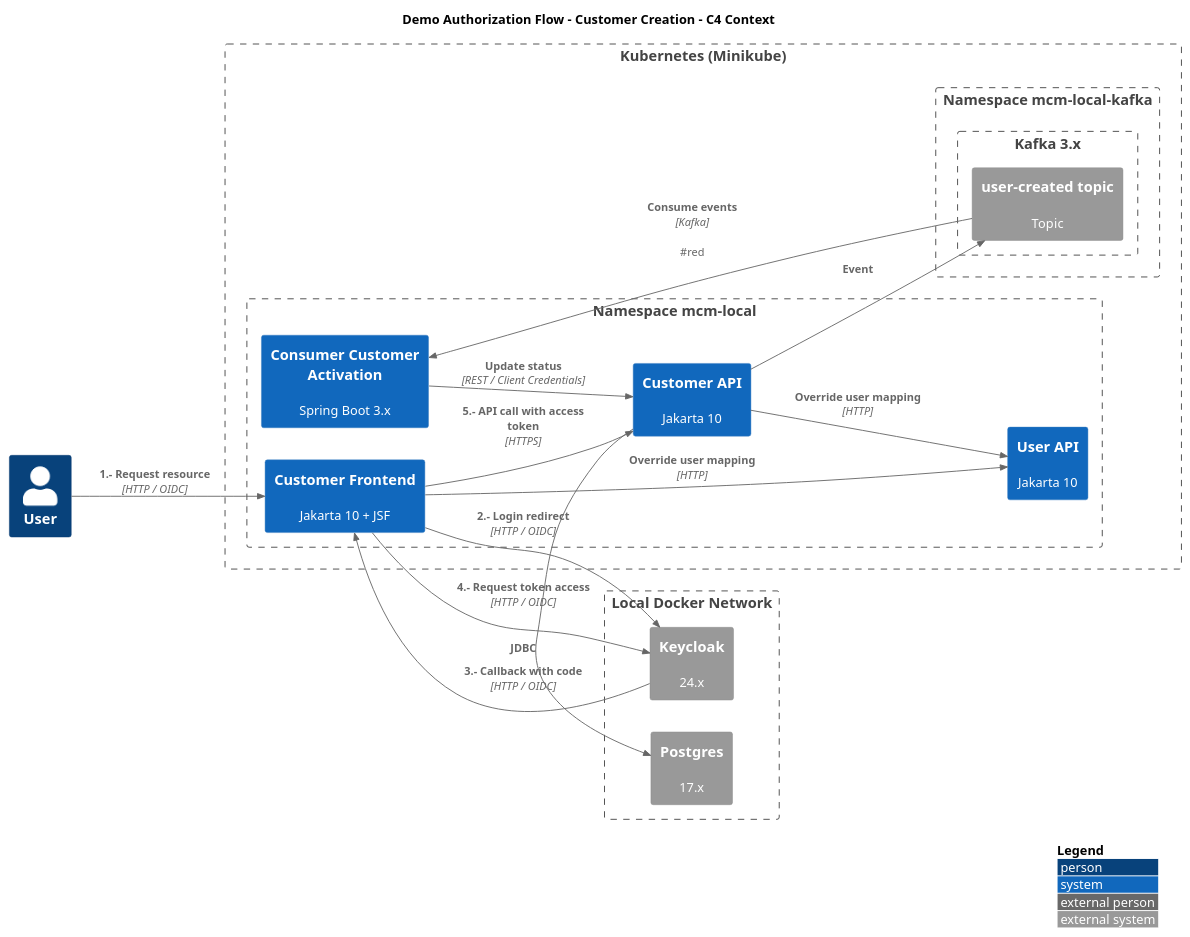
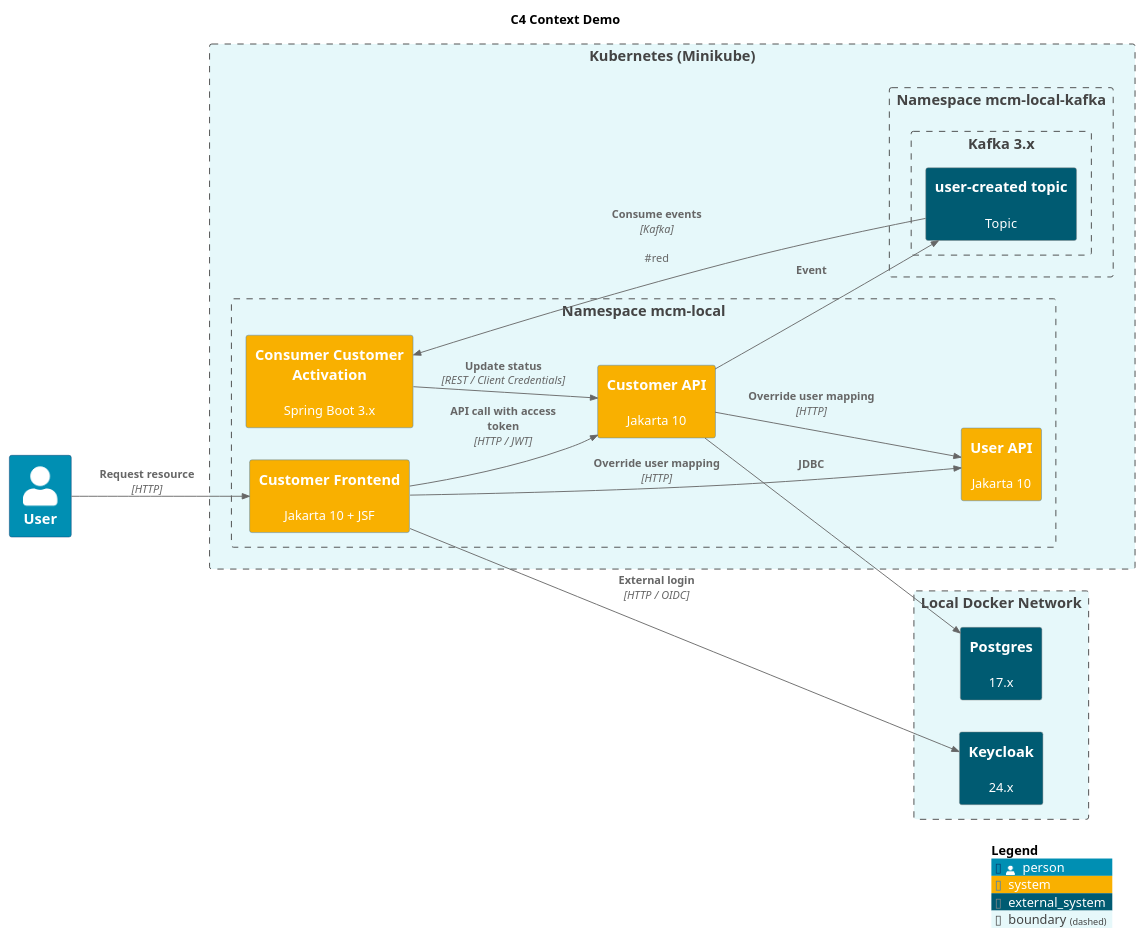
The diagram in resources/diagrams/c4-context-customer-creation.plantuml (labcabrera/sample-jakarta-10-wildfly-oidc-integration), drawn with PlantUML before and after one commit. The commit also changed 5 other files, not shown here.

Commit message:
Updated diagram + readme.

```diff
--- a/resources/diagrams/c4-context-customer-creation.plantuml
+++ b/resources/diagrams/c4-context-customer-creation.plantuml
@@ -1,50 +1,52 @@
-@startuml Demo Authorization Flow - Customer Creation - C4 Context
-title Demo Authorization Flow - Customer Creation - C4 Context
+@startuml C4 Context Demo
+title C4 Context Demo
 
 !include https://raw.githubusercontent.com/plantuml-stdlib/C4-PlantUML/master/C4_Context.puml
 
 LAYOUT_LEFT_RIGHT()
-LAYOUT_WITH_LEGEND() 
+
+UpdateElementStyle(person, $bgColor="#008fb3")
+UpdateElementStyle(system, $bgColor="#f9b000")
+UpdateElementStyle(external_system, $bgColor="#005b72")
+UpdateElementStyle(boundary, $bgColor="#e6f8fa")
 
 Person(user, "User")
 
 Boundary(k8s, "Kubernetes (Minikube)") {
-    Boundary(namespace_mcm_local, "Namespace mcm-local") {
+    Boundary(namespace_mcm_local, "Namespace mcm-local", "", $tags="k8s_namespace") {
         System(customer_api, "Customer API", "Jakarta 10")
         System(customer_fe, "Customer Frontend", "Jakarta 10 + JSF")
         System(user_api, "User API", "Jakarta 10")
         System(customer_consumer, "Consumer Customer Activation", "Spring Boot 3.x")
     }
     Boundary(namespace_mcm_local_kafka, "Namespace mcm-local-kafka") {
         Boundary(kafka_boundary, "Kafka 3.x") {
             System_Ext(kafka_created_consumer_topic, "user-created topic", "Topic", $tags="queue")
         }
     }
 }
 
 Boundary(localDockerNetwork, "Local Docker Network") {
     System_Ext(keycloak, "Keycloak", "24.x")
     System_Ext(postgres, "Postgres", "17.x")
 }
 
-Rel(user, customer_fe, "1.- Request resource", "HTTP / OIDC")
+Rel(user, customer_fe, "Request resource", "HTTP")
 
-Rel(customer_fe, keycloak, "2.- Login redirect", "HTTP / OIDC")
+Rel(customer_fe, keycloak, "External login", "HTTP / OIDC")
 
-Rel(keycloak, customer_fe, "3.- Callback with code", "HTTP / OIDC")
-
-Rel(customer_fe, keycloak, "4.- Request token access", "HTTP / OIDC")
-
-Rel(customer_fe, customer_api, "5.- API call with access token", "HTTPS")
+Rel(customer_fe, customer_api, "API call with access token", "HTTP / JWT")
 
 Rel(customer_api, postgres, "JDBC")
 Rel(customer_api, kafka_created_consumer_topic, "Event")
 
 Rel(customer_fe, user_api, "Override user mapping", "HTTP")
 Rel(customer_api, user_api, "Override user mapping", "HTTP")
 
 Rel(kafka_created_consumer_topic, customer_consumer, "Consume events", "Kafka", "#red")
 
 Rel(customer_consumer, customer_api, "Update status", "REST / Client Credentials")
 
+SHOW_LEGEND()
+
 @enduml
```
